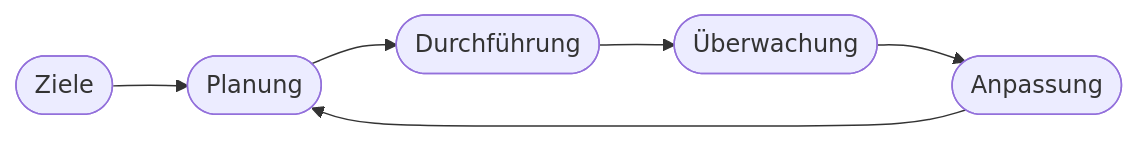
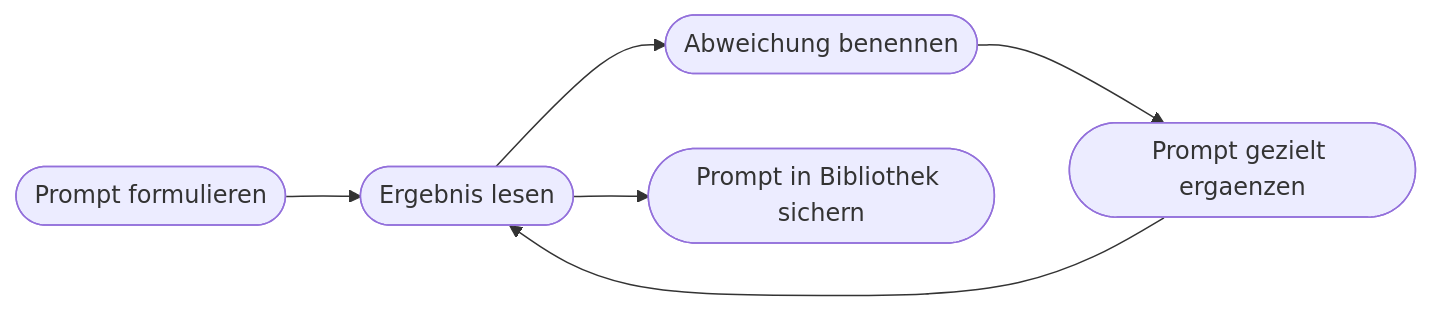
Before and after one commit to Qualidy/KI-Engineering-KI-Agenten-und-Workflow-Automatisierung: the diagram in docs/content/kapitel9.md, drawn with Mermaid. The commit also changed other lines of this file and 297 other files, not shown here.

````diff
--- a/docs/content/kapitel9.md
+++ b/docs/content/kapitel9.md
@@ -46,8 +154,8 @@
 ```mermaid
 flowchart LR
-    Z([Ziele]) --> P([Planung])
-    P --> D([Durchführung])
-    D --> U([Überwachung])
-    U --> A([Anpassung])
-    A --> P
+    A([Prompt formulieren]) --> B([Ergebnis lesen])
+    B --> C([Abweichung benennen])
+    C --> D([Prompt gezielt ergaenzen])
+    D --> B
+    B --> E([Prompt in Bibliothek sichern])
 ```
````
